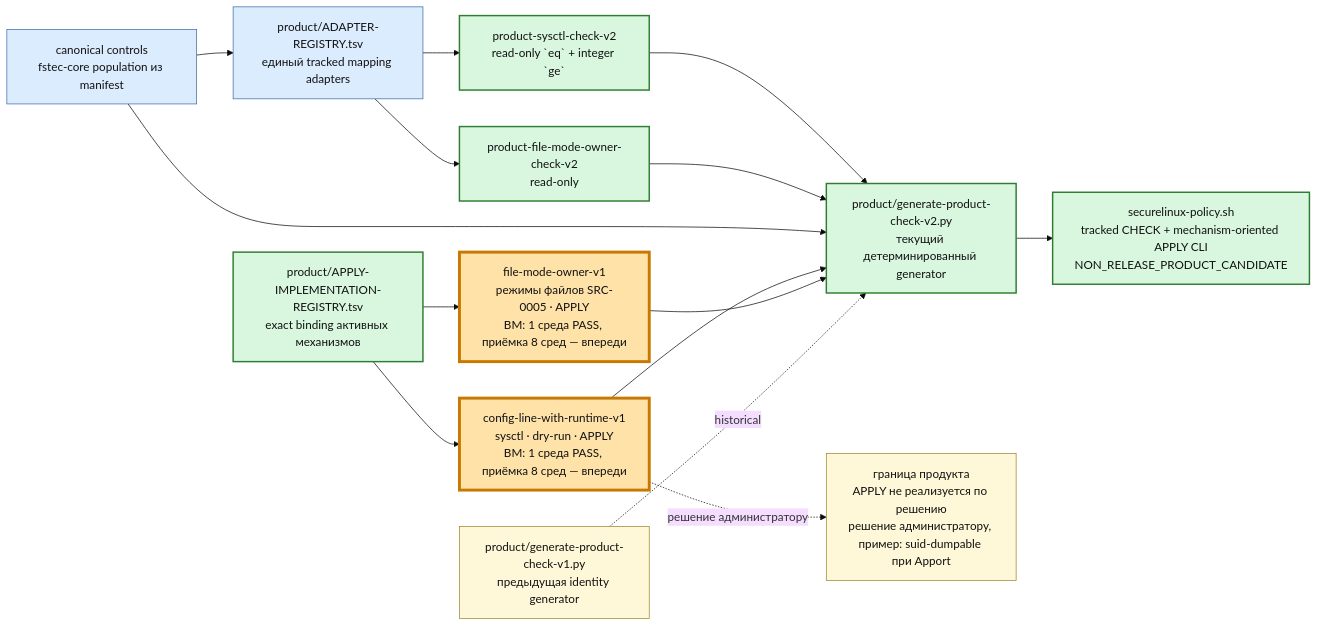
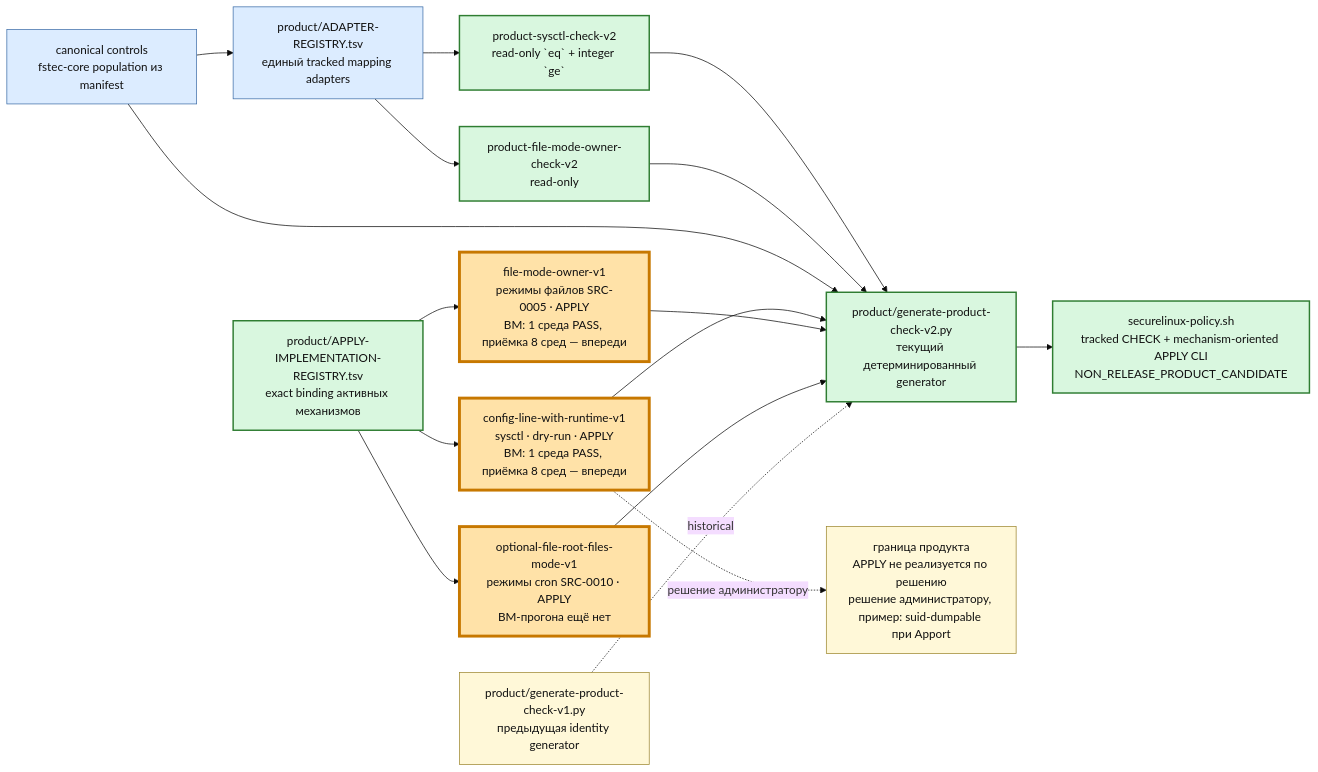
The third of 6 diagrams in docs/PROJECT-MAP.md (rasav65/SecureLinux-Policy), drawn with Mermaid (base theme) before and after one commit. The commit also changed other lines of this file and 36 other files, not shown here.

First line of the commit message:
product: механизм APPLY optional-file-root-files-mode-v1 для 6 контролей 2.3.6

````diff
--- a/docs/PROJECT-MAP.md
+++ b/docs/PROJECT-MAP.md
@@ -206,30 +206,32 @@
 ```mermaid
 flowchart LR
     CTRLNOW["canonical controls<br/>fstec-core population из manifest"]:::component
     REG["product/ADAPTER-REGISTRY.tsv<br/>единый tracked mapping adapters"]:::component
     SYS["product-sysctl-check-v2<br/>read-only `eq` + integer `ge`"]:::closed
     FILE["product-file-mode-owner-check-v2<br/>read-only"]:::closed
     GEN1["product/generate-product-check-v1.py<br/>предыдущая identity generator"]:::note
     GEN2["product/generate-product-check-v2.py<br/>текущий детерминированный generator"]:::closed
     IMPLREG["product/APPLY-IMPLEMENTATION-REGISTRY.tsv<br/>exact binding активных механизмов"]:::closed
     APPLY1["config-line-with-runtime-v1<br/>sysctl · dry-run · APPLY<br/>ВМ: 1 среда PASS, приёмка 8 сред — впереди"]:::current
     APPLY2["file-mode-owner-v1<br/>режимы файлов SRC-0005 · APPLY<br/>ВМ: 1 среда PASS, приёмка 8 сред — впереди"]:::current
+    APPLY3["optional-file-root-files-mode-v1<br/>режимы cron SRC-0010 · APPLY<br/>ВМ-прогона ещё нет"]:::current
     CLI["securelinux-policy.sh<br/>tracked CHECK + mechanism-oriented APPLY CLI<br/>NON_RELEASE_PRODUCT_CANDIDATE"]:::closed
     ADMIN["граница продукта<br/>APPLY не реализуется по решению<br/>решение администратору, пример: suid-dumpable при Apport"]:::note
 
     CTRLNOW --> REG
     REG --> SYS
     REG --> FILE
     SYS --> GEN2
     FILE --> GEN2
     CTRLNOW --> GEN2 --> CLI
     IMPLREG --> APPLY1 --> GEN2
     IMPLREG --> APPLY2 --> GEN2
+    IMPLREG --> APPLY3 --> GEN2
     APPLY1 -. решение администратору .-> ADMIN
     GEN1 -. historical .-> GEN2
 
     classDef closed fill:#d9f7df,stroke:#2f7d32,color:#111,stroke-width:2px;
     classDef component fill:#dcecff,stroke:#3e6ea8,color:#111;
     classDef current fill:#ffe2a8,stroke:#c77800,color:#111,stroke-width:4px;
     classDef note fill:#fff8d8,stroke:#9d8730,color:#111;
 ```
````
